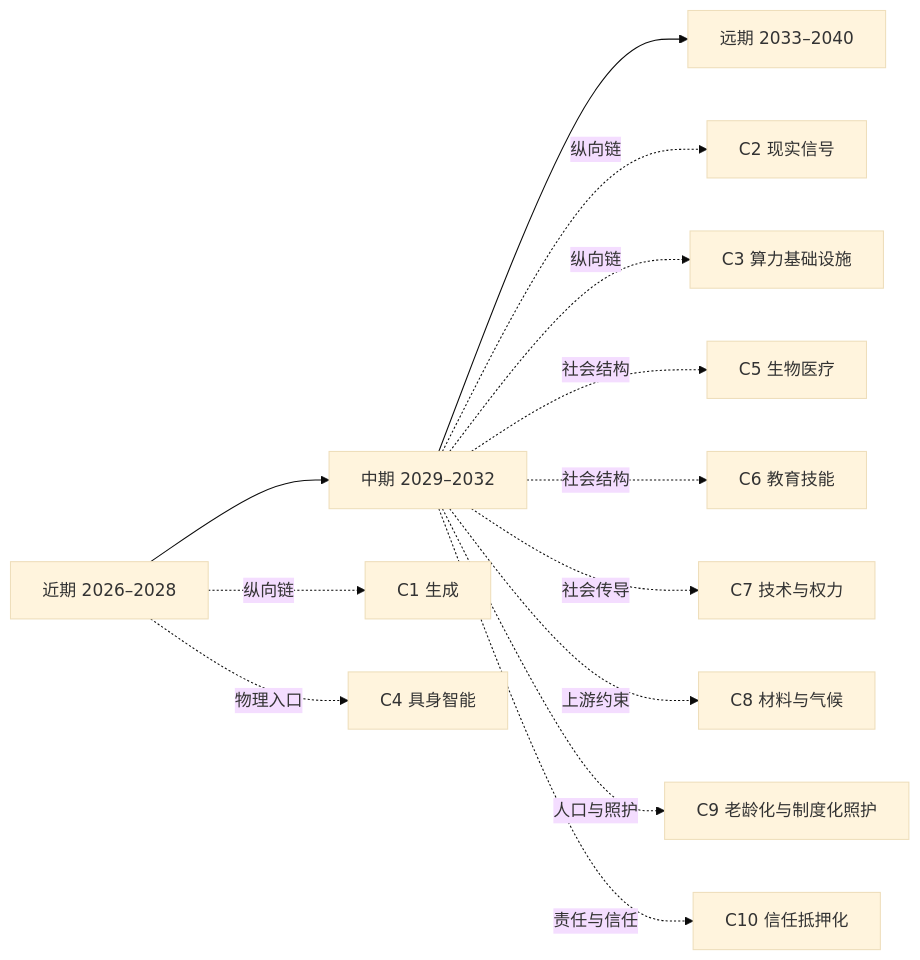
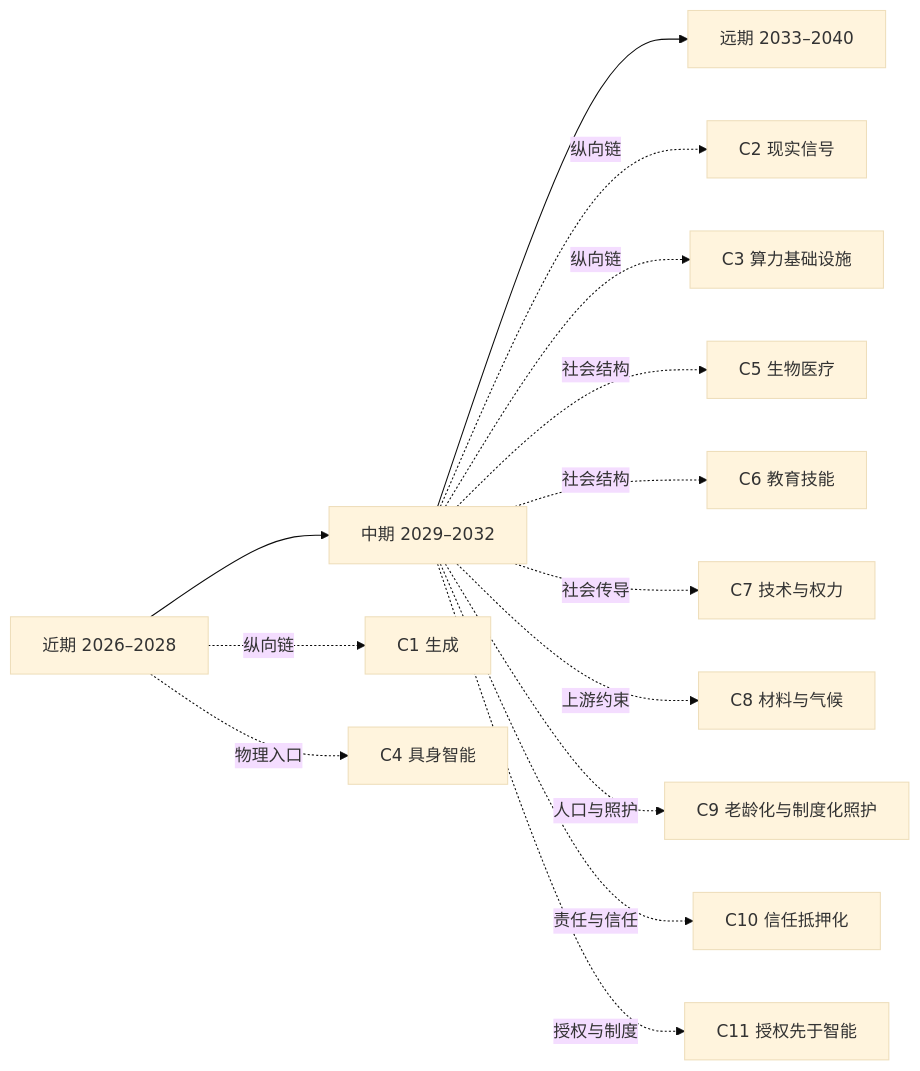
Before and after one commit to SenZhangAI/foresight-by-ai: the diagram in docs/zh/30-far.md, drawn with Mermaid (base theme). The commit also changed 7 other files, not shown here.

````diff
--- a/docs/zh/30-far.md
+++ b/docs/zh/30-far.md
@@ -21,15 +21,16 @@
 ```mermaid
 flowchart LR
   N[近期 2026–2028] --> M[中期 2029–2032]
   M --> F[远期 2033–2040]
   N -.纵向链.-> C1[C1 生成]
   M -.纵向链.-> C2[C2 现实信号]
   M -.纵向链.-> C3[C3 算力基础设施]
   N -.物理入口.-> C4[C4 具身智能]
   M -.社会结构.-> C5[C5 生物医疗]
   M -.社会结构.-> C6[C6 教育技能]
   M -.社会传导.-> C7[C7 技术与权力]
   M -.上游约束.-> C8[C8 材料与气候]
   M -.人口与照护.-> C9[C9 老龄化与制度化照护]
   M -.责任与信任.-> C10[C10 信任抵押化]
+  M -.授权与制度.-> C11[C11 授权先于智能]
 ```
````
